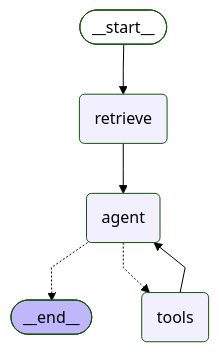
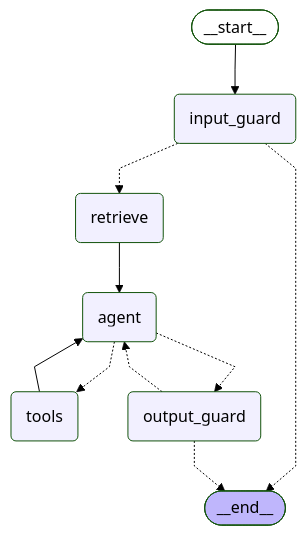
One commit to cwtucker26-pixel/enterprise-knowledge-assistant changed the diagram in docs/agent_graph.md. Above: the diagram before and after it, drawn with Mermaid (forest theme). The commit also changed 13 other files, not shown here.

````diff
--- a/docs/agent_graph.md
+++ b/docs/agent_graph.md
@@ -9,22 +9,28 @@
 ```mermaid
 ---
 config:
   flowchart:
     curve: linear
 ---
 graph TD;
 	__start__([<p>__start__</p>]):::first
+	input_guard(input_guard)
 	retrieve(retrieve)
 	agent(agent)
 	tools(tools)
+	output_guard(output_guard)
 	__end__([<p>__end__</p>]):::last
-	__start__ --> retrieve;
-	agent -.-> __end__;
+	__start__ --> input_guard;
+	agent -.-> output_guard;
 	agent -.-> tools;
+	input_guard -.-> __end__;
+	input_guard -.-> retrieve;
+	output_guard -.-> __end__;
+	output_guard -.-> agent;
 	retrieve --> agent;
 	tools --> agent;
 	classDef default fill:#f2f0ff,line-height:1.2
 	classDef first fill-opacity:0
 	classDef last fill:#bfb6fc
 
 ```
````
